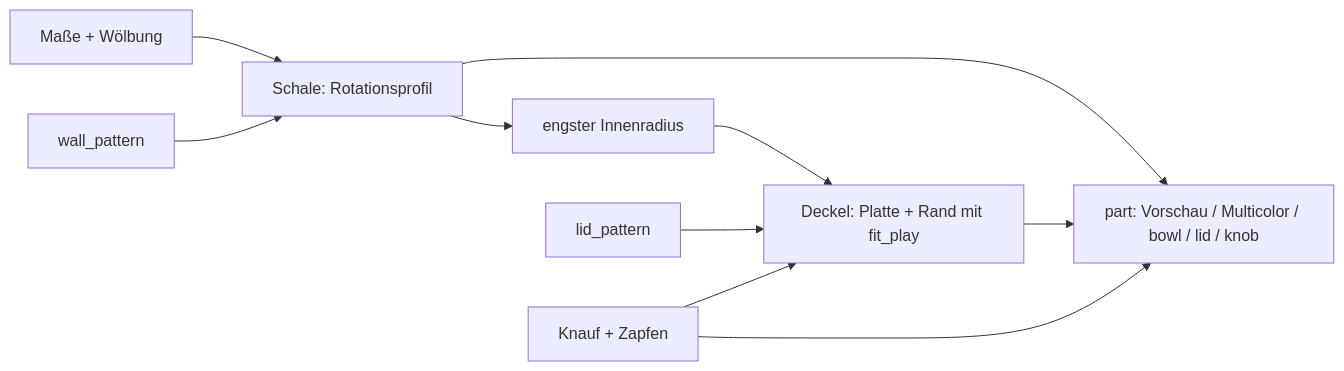
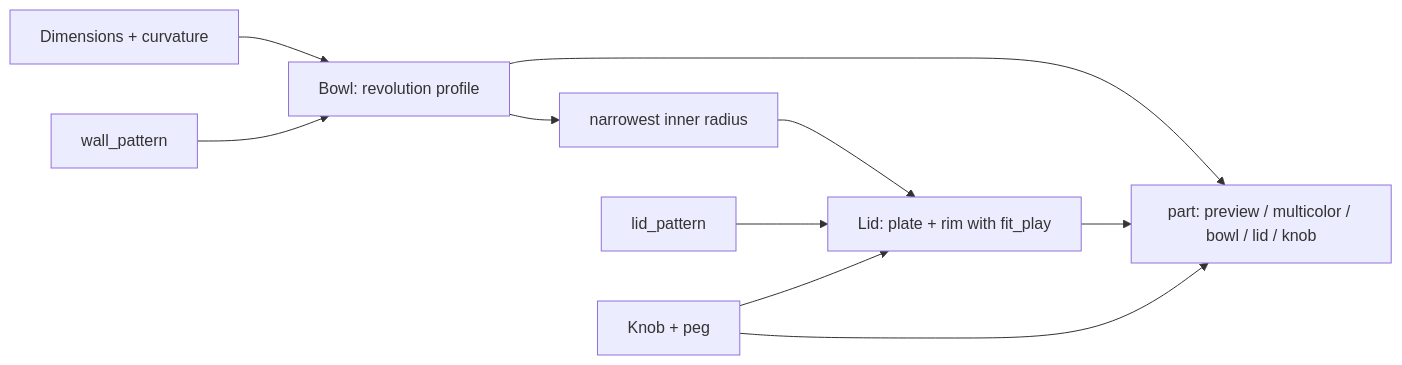
One commit to BetaHydri/parametric-cad-models changed the diagram in models/parametric-bowl/README.md. Above: the diagram before and after it, drawn with Mermaid. The commit also changed other lines of this file and 57 other files, not shown here.

````diff
--- a/models/parametric-bowl/README.md
+++ b/models/parametric-bowl/README.md
@@ -233,12 +230,12 @@
 ```mermaid
 flowchart LR
-    M[Maße + Wölbung] --> B[Schale: Rotationsprofil]
+    M[Dimensions + curvature] --> B[Bowl: revolution profile]
     W[wall_pattern] --> B
-    B --> E[engster Innenradius]
-    E --> L[Deckel: Platte + Rand mit fit_play]
+    B --> E[narrowest inner radius]
+    E --> L[Lid: plate + rim with fit_play]
     P[lid_pattern] --> L
-    K[Knauf + Zapfen] --> L
-    B --> O[part: Vorschau / Multicolor / bowl / lid / knob]
+    K[Knob + peg] --> L
+    B --> O[part: preview / multicolor / bowl / lid / knob]
     L --> O
     K --> O
 ```
````
